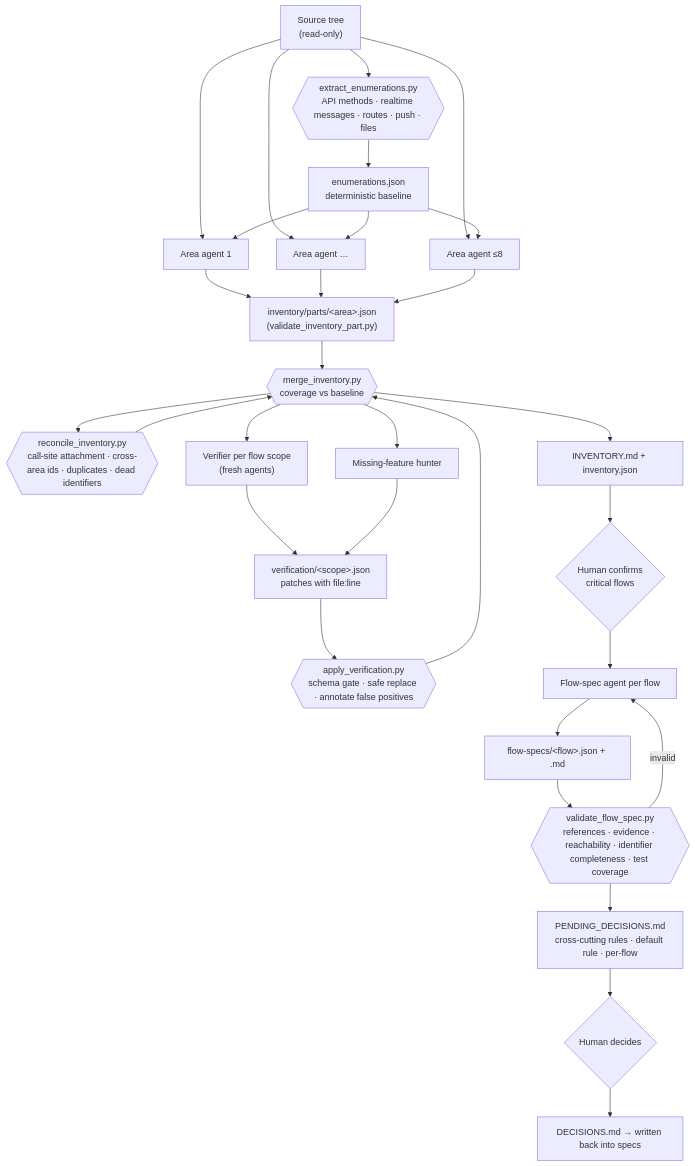
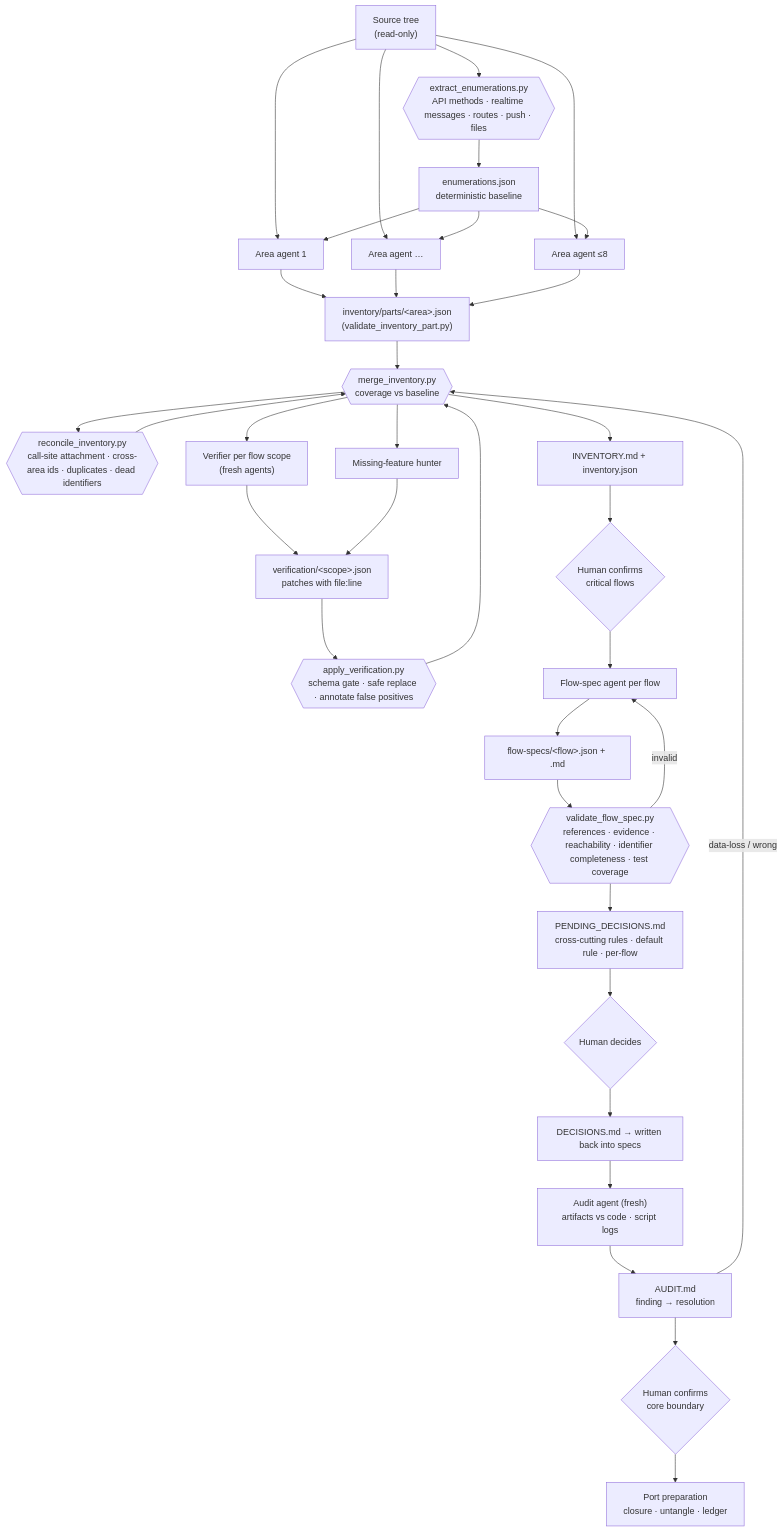
One commit to rcanbaba/ios-agentic-toolkit changed the diagram in docs/workflows/app-migration.md. Above: the diagram before and after it, drawn with Mermaid. The commit also changed other lines of this file and 46 other files, not shown here.

````diff
--- a/docs/workflows/app-migration.md
+++ b/docs/workflows/app-migration.md
@@ -32,27 +33,32 @@
 ```mermaid
 flowchart TD
     S["Source tree<br/>(read-only)"] --> E{{"extract_enumerations.py<br/>API methods · realtime messages · routes · push · files"}}
     E --> B["enumerations.json<br/>deterministic baseline"]
     S --> A1["Area agent 1"]
     S --> A2["Area agent …"]
     S --> A8["Area agent ≤8"]
     B --> A1 & A2 & A8
     A1 & A2 & A8 --> P["inventory/parts/&lt;area&gt;.json<br/>(validate_inventory_part.py)"]
     P --> M{{"merge_inventory.py<br/>coverage vs baseline"}}
     M --> R{{"reconcile_inventory.py<br/>call-site attachment · cross-area ids · duplicates · dead identifiers"}}
     R --> M
     M --> V1["Verifier per flow scope<br/>(fresh agents)"]
     M --> V2["Missing-feature hunter"]
     V1 & V2 --> VF["verification/&lt;scope&gt;.json<br/>patches with file:line"]
     VF --> AP{{"apply_verification.py<br/>schema gate · safe replace · annotate false positives"}}
     AP --> M
     M --> I["INVENTORY.md + inventory.json"]
     I --> H1{"Human confirms<br/>critical flows"}
     H1 --> F["Flow-spec agent per flow"]
     F --> FS["flow-specs/&lt;flow&gt;.json + .md"]
     FS --> VS{{"validate_flow_spec.py<br/>references · evidence · reachability · identifier completeness · test coverage"}}
     VS -- invalid --> F
     VS --> D["PENDING_DECISIONS.md<br/>cross-cutting rules · default rule · per-flow"]
     D --> H2{"Human decides"}
     H2 --> L["DECISIONS.md → written back into specs"]
+    L --> AU["Audit agent (fresh)<br/>artifacts vs code · script logs"]
+    AU --> AF["AUDIT.md<br/>finding → resolution"]
+    AF -- "data-loss / wrong" --> M
+    AF --> H3{"Human confirms<br/>core boundary"}
+    H3 --> PP["Port preparation<br/>closure · untangle · ledger"]
 ```
````
